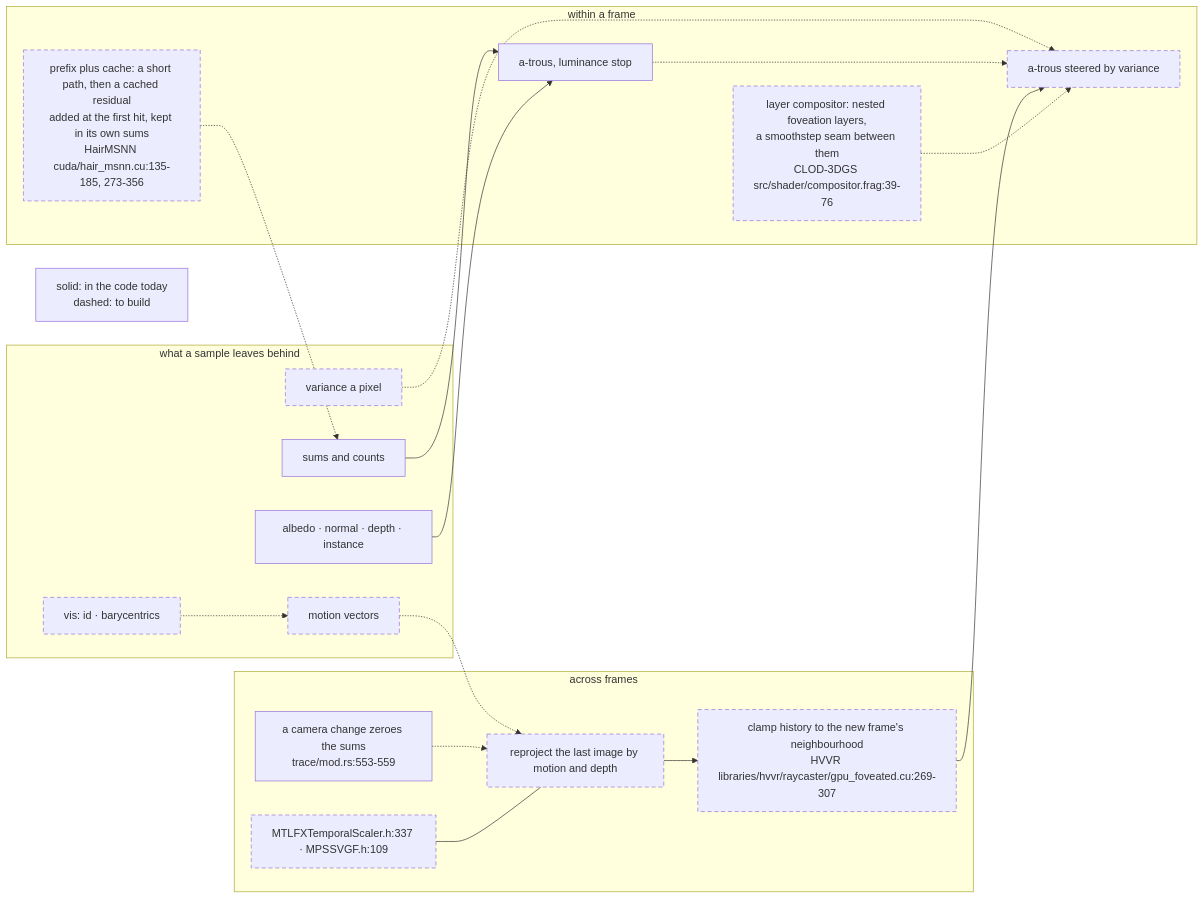
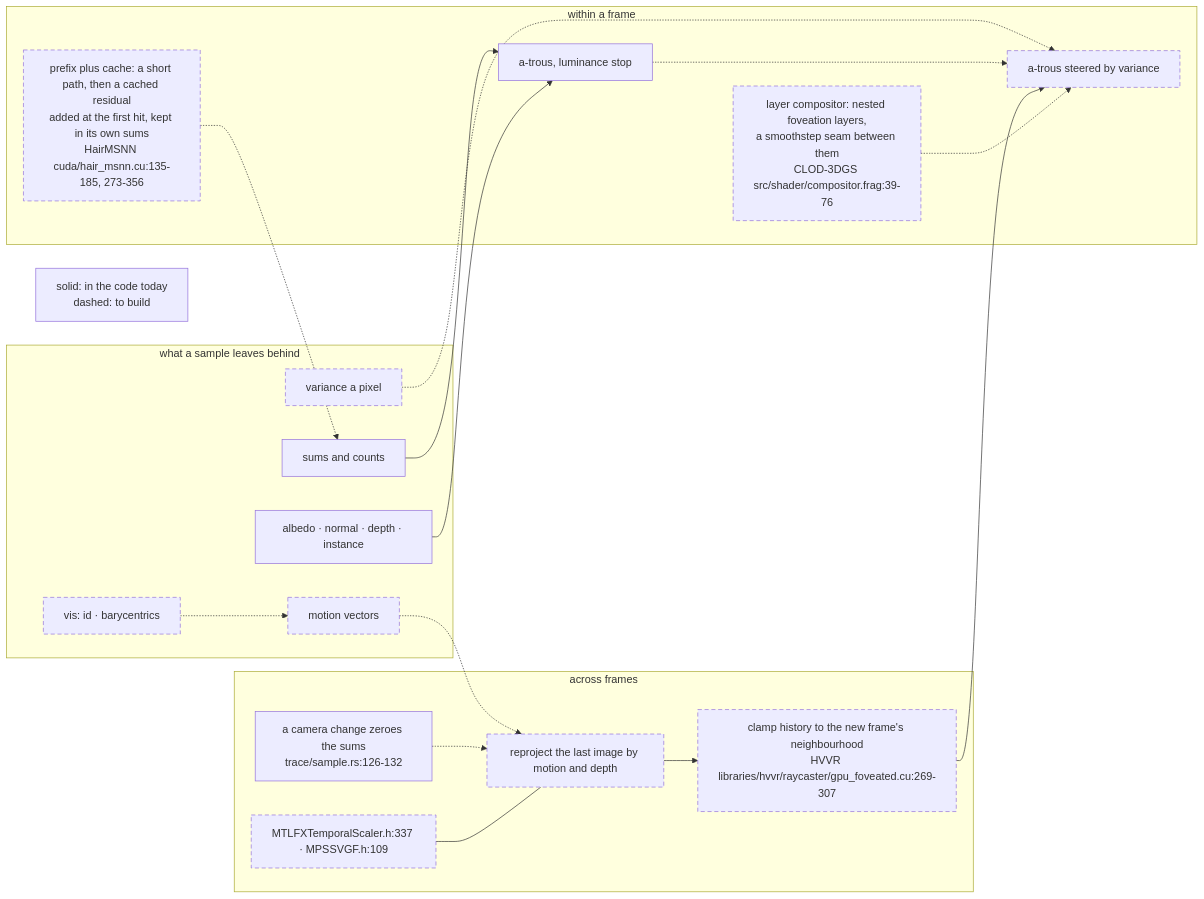
One commit to gemphi/phiray changed the second of 3 diagrams in docs/reconstruct.md. Above: the diagram before and after it, drawn with Mermaid. The commit also changed 11 other files, not shown here.

````diff
--- a/docs/reconstruct.md
+++ b/docs/reconstruct.md
@@ -17,35 +17,35 @@
 ```mermaid
 graph LR
     key["solid: in the code today<br/>dashed: to build"]
     subgraph inputs["what a sample leaves behind"]
         i_sum["sums and counts"]
         i_guides["albedo · normal · depth · instance"]
         i_var["variance a pixel"]
         i_motion["motion vectors"]
         i_vis["vis: id · barycentrics"]
     end
     subgraph time["across frames"]
-        t_zero["a camera change zeroes the sums<br/>trace/mod.rs:553-559"]
+        t_zero["a camera change zeroes the sums<br/>trace/sample.rs:126-132"]
         t_reproj["reproject the last image by motion and depth"]
         t_clamp["clamp history to the new frame's neighbourhood<br/>HVVR libraries/hvvr/raycaster/gpu_foveated.cu:269-307"]
         t_std["MTLFXTemporalScaler.h:337 · MPSSVGF.h:109"]
     end
     subgraph space["within a frame"]
         s_atrous["a-trous, luminance stop"]
         s_svgf["a-trous steered by variance"]
         s_layers["layer compositor: nested foveation layers,<br/>a smoothstep seam between them<br/>CLOD-3DGS src/shader/compositor.frag:39-76"]
         s_cache["prefix plus cache: a short path, then a cached residual<br/>added at the first hit, kept in its own sums<br/>HairMSNN cuda/hair_msnn.cu:135-185, 273-356"]
     end
     i_sum --> s_atrous
     i_guides --> s_atrous
     i_var -.-> s_svgf
     s_atrous -.-> s_svgf
     i_motion -.-> t_reproj
     t_zero -.-> t_reproj --> t_clamp --> s_svgf
     t_std --- t_reproj
     i_vis -.-> i_motion
     s_layers -.-> s_svgf
     s_cache -.-> i_sum
     classDef plan stroke-dasharray: 6 4;
     class i_var,i_motion,i_vis,t_reproj,t_clamp,t_std,s_svgf,s_layers,s_cache plan;
 ```
````
